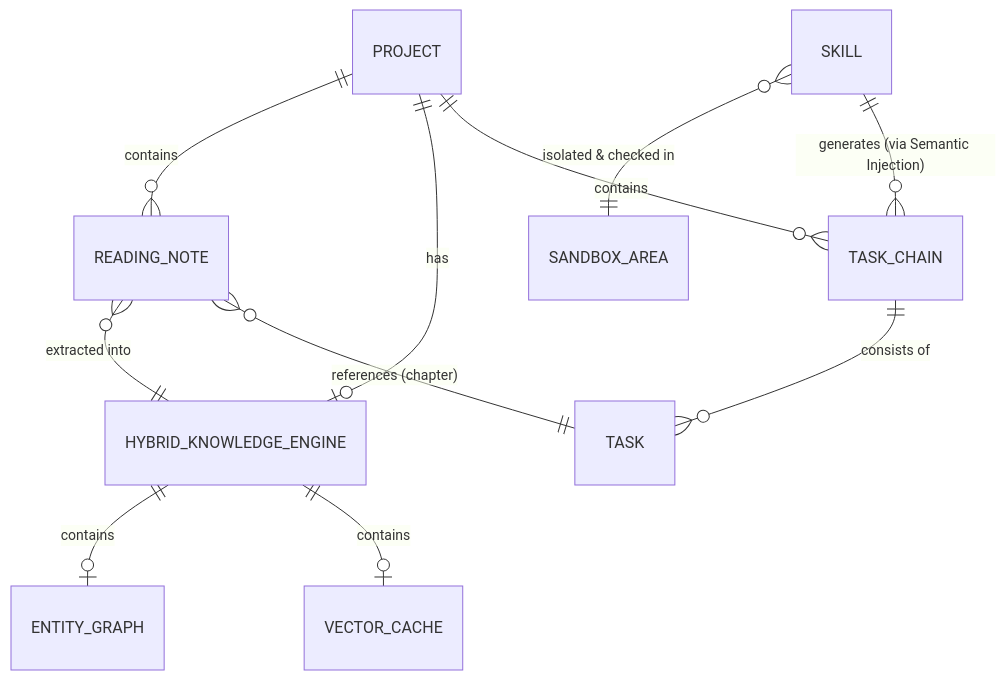
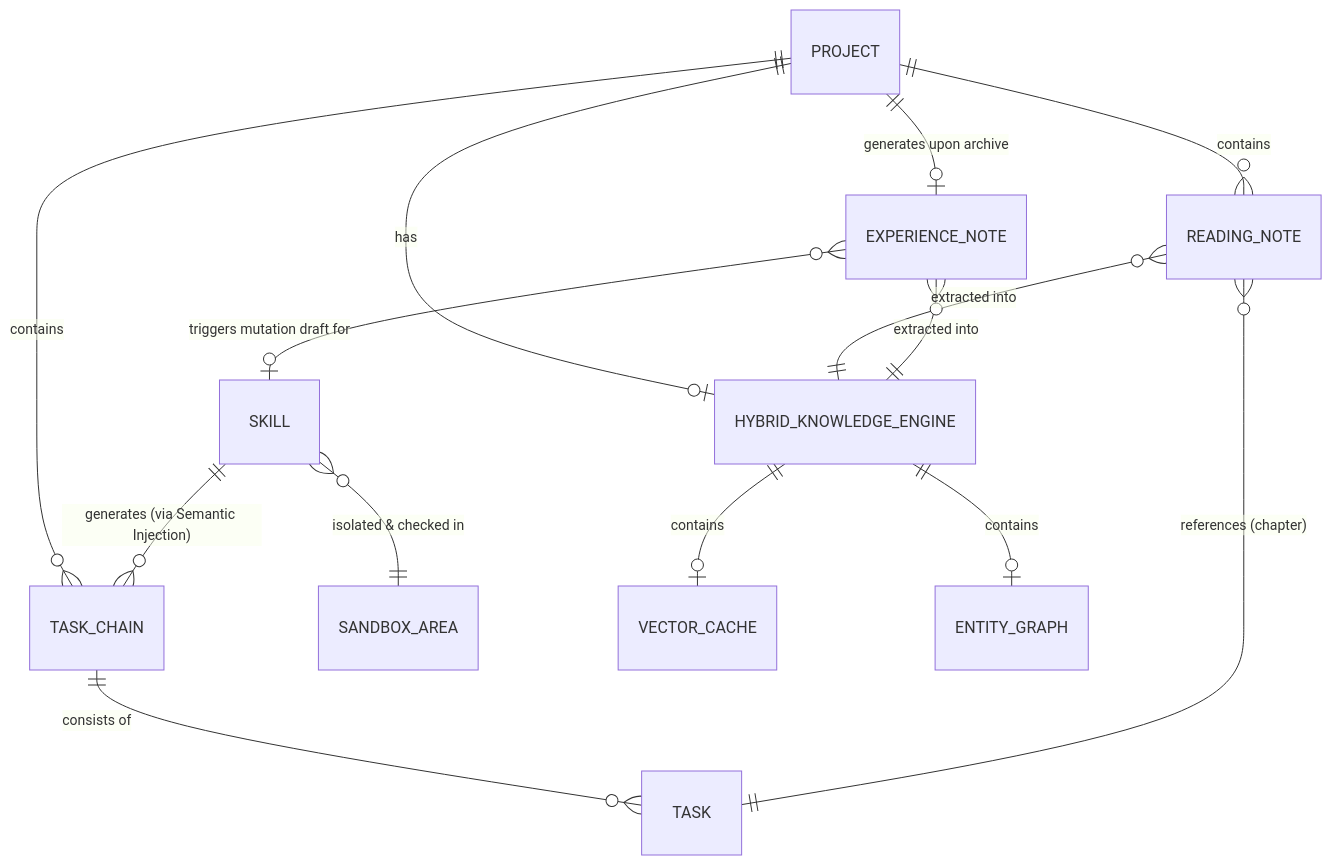
Before and after one commit to shanglihong/i-have-a-plan: the diagram in docs/03_business_modeling/business_model.md, drawn with Mermaid. The commit also changed other lines of this file, not shown here.

````diff
--- a/docs/03_business_modeling/business_model.md
+++ b/docs/03_business_modeling/business_model.md
@@ -80,13 +84,16 @@
 ```mermaid
 erDiagram
     PROJECT ||--o{ TASK_CHAIN : "contains"
     PROJECT ||--o| HYBRID_KNOWLEDGE_ENGINE : "has"
     PROJECT ||--o{ READING_NOTE : "contains"
+    PROJECT ||--o| EXPERIENCE_NOTE : "generates upon archive"
     TASK_CHAIN ||--o{ TASK : "consists of"
     READING_NOTE }o--|| TASK : "references (chapter)"
     READING_NOTE }o--|| HYBRID_KNOWLEDGE_ENGINE : "extracted into"
+    EXPERIENCE_NOTE }o--|| HYBRID_KNOWLEDGE_ENGINE : "extracted into"
+    EXPERIENCE_NOTE }o--o| SKILL : "triggers mutation draft for"
     SKILL ||--o{ TASK_CHAIN : "generates (via Semantic Injection)"
     SKILL }o--|| SANDBOX_AREA : "isolated & checked in"
     HYBRID_KNOWLEDGE_ENGINE ||--o| VECTOR_CACHE : "contains"
     HYBRID_KNOWLEDGE_ENGINE ||--o| ENTITY_GRAPH : "contains"
 ```
````
